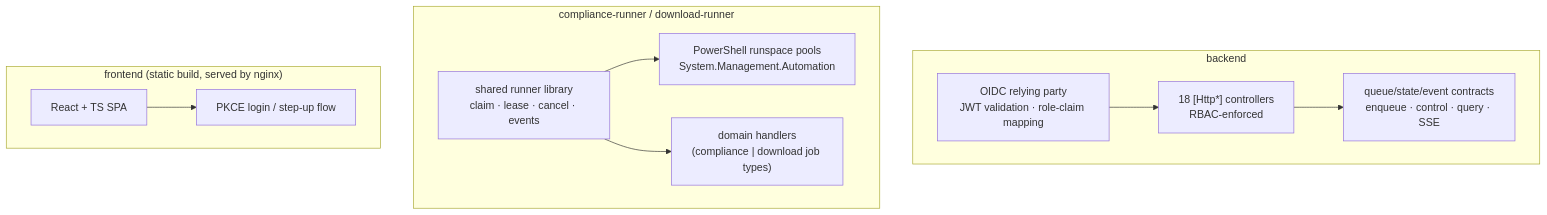
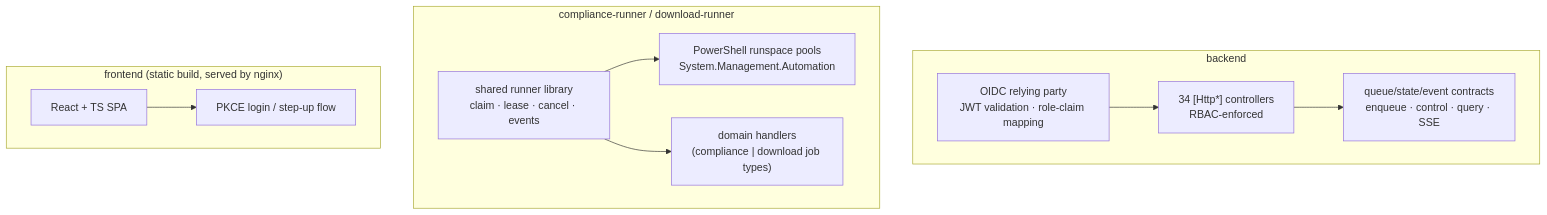
One commit to blac9216/waypoint changed the third of 3 diagrams in docs/explanation/architecture.md. Above: the diagram before and after it, drawn with Mermaid. The commit also changed other lines of this file, not shown here.

Commit message:
docs(architecture): correct stale backend controller count in new Component section
The new Component section (this PR's own net-new content, not moved) restated
the pre-existing "18 controllers" figure from the Identity & authorization
section, which was accurate when first written (2026-08-20, 18 controllers at
that commit) but is now stale — backend/Waypoint.Api/Controllers currently
holds 34 controller files, all `[Http*]`-decorated. Corrects both the prose
and the new Component diagram's node label to the current count.

Reviewer-applied: PR #1914 round 1 finding 1

Claude-Session: https://claude.ai/code/session_011knVxGQDic1YTsH98J1q6C

````diff
--- a/docs/explanation/architecture.md
+++ b/docs/explanation/architecture.md
@@ -130,22 +130,22 @@
 ```mermaid
 flowchart TB
     subgraph backend_c["backend"]
         oidc_rp["OIDC relying party\nJWT validation · role-claim mapping"]
-        controllers["18 [Http*] controllers\nRBAC-enforced"]
+        controllers["34 [Http*] controllers\nRBAC-enforced"]
         queue_api["queue/state/event contracts\nenqueue · control · query · SSE"]
     end
     subgraph runner_c["compliance-runner / download-runner"]
         orchestrator["shared runner library\nclaim · lease · cancel · events"]
         pshost["PowerShell runspace pools\nSystem.Management.Automation"]
         handlers["domain handlers\n(compliance | download job types)"]
     end
     subgraph frontend_c["frontend (static build, served by nginx)"]
         spa["React + TS SPA"]
         pkce["PKCE login / step-up flow"]
     end
     controllers --> queue_api
     oidc_rp --> controllers
     orchestrator --> pshost
     orchestrator --> handlers
     spa --> pkce
 ```
````
